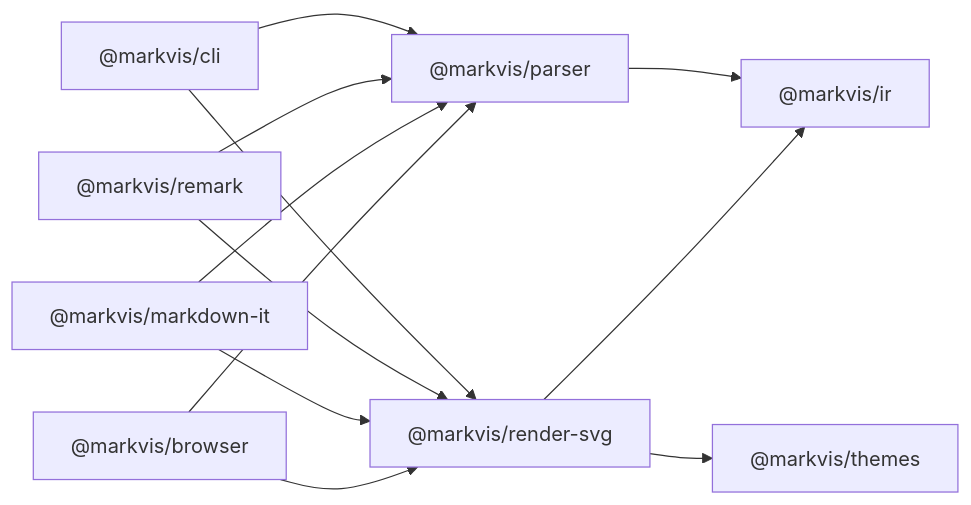
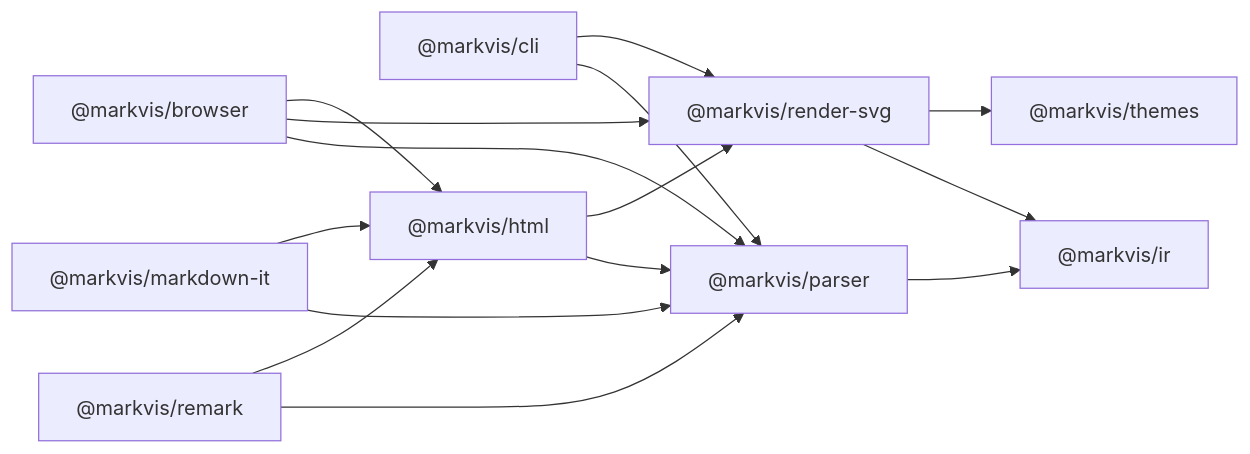
Before and after one commit to geekplux/markvis: the third of 3 diagrams in docs/architecture.md, drawn with Mermaid. The commit also changed other lines of this file and 29 other files, not shown here.

First line of the commit message:
feat: render a chart block in one call through one HTML module

````diff
--- a/docs/architecture.md
+++ b/docs/architecture.md
@@ -45,22 +45,26 @@
 ```mermaid
 flowchart LR
   ir["@markvis/ir"]
   parser["@markvis/parser"]
   themes["@markvis/themes"]
   render["@markvis/render-svg"]
   cli["@markvis/cli"]
   remark["@markvis/remark"]
   mdit["@markvis/markdown-it"]
+  html["@markvis/html"]
   browser["@markvis/browser"]
   parser --> ir
   render --> ir
   render --> themes
   cli --> parser
   cli --> render
+  html --> parser
+  html --> render
   remark --> parser
-  remark --> render
+  remark --> html
   mdit --> parser
-  mdit --> render
+  mdit --> html
   browser --> parser
   browser --> render
+  browser --> html
 ```
````
